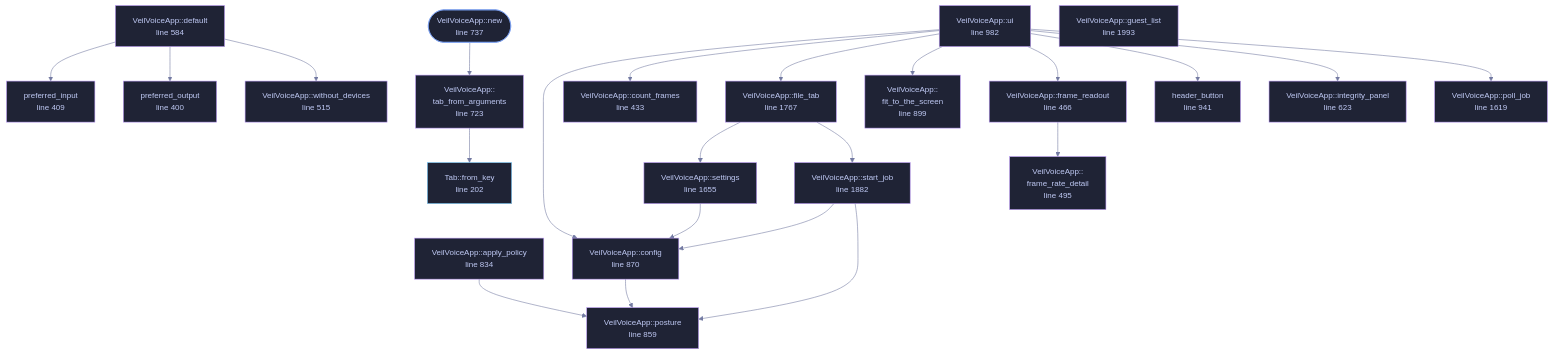
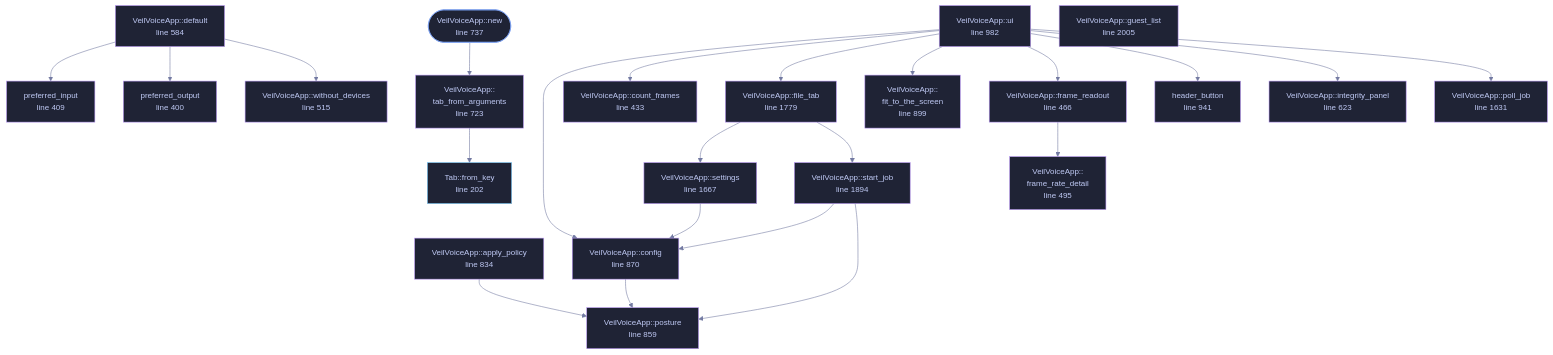
One commit to tilas01/veilvoice changed the diagram in docs/files/veilvoice-gui/app.md. Above: the diagram before and after it, drawn with Mermaid. The commit also changed other lines of this file and 28 other files, not shown here.

````diff
--- a/docs/files/veilvoice-gui/app.md
+++ b/docs/files/veilvoice-gui/app.md
@@ -192,75 +192,75 @@
 ```mermaid
 %%{init: {"theme":"base","themeVariables":{"background":"#1a1b26","primaryColor":"#1f2335","primaryTextColor":"#c0caf5","primaryBorderColor":"#7aa2f7","secondaryColor":"#16161e","tertiaryColor":"#16161e","lineColor":"#737aa2","textColor":"#c0caf5","mainBkg":"#1f2335","nodeBorder":"#7aa2f7","clusterBkg":"#16161e","clusterBorder":"#2f3549","fontFamily":"ui-monospace, SFMono-Regular, Consolas, monospace","fontSize":"14px"}}}%%
 flowchart TD
     n_from_key["Tab::from_key<br/>line 202"]
     n_preferred_output["preferred_output<br/>line 400"]
     n_preferred_input["preferred_input<br/>line 409"]
     n_count_frames["VeilVoiceApp::count_frames<br/>line 433"]
     n_frame_readout["VeilVoiceApp::frame_readout<br/>line 466"]
     n_frame_rate_detail["VeilVoiceApp::<br/>frame_rate_detail<br/>line 495"]
     n_without_devices["VeilVoiceApp::without_devices<br/>line 515"]
     n_default["VeilVoiceApp::default<br/>line 584"]
     n_integrity_panel["VeilVoiceApp::integrity_panel<br/>line 623"]
     n_tab_from_arguments["VeilVoiceApp::<br/>tab_from_arguments<br/>line 723"]
     n_new(["VeilVoiceApp::new<br/>line 737"])
     n_apply_policy["VeilVoiceApp::apply_policy<br/>line 834"]
     n_posture["VeilVoiceApp::posture<br/>line 859"]
     n_config["VeilVoiceApp::config<br/>line 870"]
     n_fit_to_the_screen["VeilVoiceApp::<br/>fit_to_the_screen<br/>line 899"]
     n_header_button["header_button<br/>line 941"]
     n_ui["VeilVoiceApp::ui<br/>line 982"]
-    n_poll_job["VeilVoiceApp::poll_job<br/>line 1619"]
-    n_settings["VeilVoiceApp::settings<br/>line 1655"]
-    n_file_tab["VeilVoiceApp::file_tab<br/>line 1767"]
-    n_start_job["VeilVoiceApp::start_job<br/>line 1882"]
-    n_guest_list["VeilVoiceApp::guest_list<br/>line 1993"]
+    n_poll_job["VeilVoiceApp::poll_job<br/>line 1631"]
+    n_settings["VeilVoiceApp::settings<br/>line 1667"]
+    n_file_tab["VeilVoiceApp::file_tab<br/>line 1779"]
+    n_start_job["VeilVoiceApp::start_job<br/>line 1894"]
+    n_guest_list["VeilVoiceApp::guest_list<br/>line 2005"]
     n_apply_policy --> n_posture
     n_config --> n_posture
     n_default --> n_preferred_input
     n_default --> n_preferred_output
     n_default --> n_without_devices
     n_file_tab --> n_settings
     n_file_tab --> n_start_job
     n_frame_readout --> n_frame_rate_detail
     n_new --> n_tab_from_arguments
     n_settings --> n_config
     n_start_job --> n_config
     n_start_job --> n_posture
     n_tab_from_arguments --> n_from_key
     n_ui --> n_config
     n_ui --> n_count_frames
     n_ui --> n_file_tab
     n_ui --> n_fit_to_the_screen
     n_ui --> n_frame_readout
     n_ui --> n_header_button
     n_ui --> n_integrity_panel
     n_ui --> n_poll_job
     click n_from_key href "https://github.com/tilas01/veilvoice/blob/main/crates/veilvoice-gui/src/app.rs#L202" "open the source"
     click n_preferred_output href "https://github.com/tilas01/veilvoice/blob/main/crates/veilvoice-gui/src/app.rs#L400" "open the source"
     click n_preferred_input href "https://github.com/tilas01/veilvoice/blob/main/crates/veilvoice-gui/src/app.rs#L409" "open the source"
     click n_count_frames href "https://github.com/tilas01/veilvoice/blob/main/crates/veilvoice-gui/src/app.rs#L433" "open the source"
     click n_frame_readout href "https://github.com/tilas01/veilvoice/blob/main/crates/veilvoice-gui/src/app.rs#L466" "open the source"
     click n_frame_rate_detail href "https://github.com/tilas01/veilvoice/blob/main/crates/veilvoice-gui/src/app.rs#L495" "open the source"
     click n_without_devices href "https://github.com/tilas01/veilvoice/blob/main/crates/veilvoice-gui/src/app.rs#L515" "open the source"
     click n_default href "https://github.com/tilas01/veilvoice/blob/main/crates/veilvoice-gui/src/app.rs#L584" "open the source"
     click n_integrity_panel href "https://github.com/tilas01/veilvoice/blob/main/crates/veilvoice-gui/src/app.rs#L623" "open the source"
     click n_tab_from_arguments href "https://github.com/tilas01/veilvoice/blob/main/crates/veilvoice-gui/src/app.rs#L723" "open the source"
     click n_new href "https://github.com/tilas01/veilvoice/blob/main/crates/veilvoice-gui/src/app.rs#L737" "open the source"
     click n_apply_policy href "https://github.com/tilas01/veilvoice/blob/main/crates/veilvoice-gui/src/app.rs#L834" "open the source"
     click n_posture href "https://github.com/tilas01/veilvoice/blob/main/crates/veilvoice-gui/src/app.rs#L859" "open the source"
     click n_config href "https://github.com/tilas01/veilvoice/blob/main/crates/veilvoice-gui/src/app.rs#L870" "open the source"
     click n_fit_to_the_screen href "https://github.com/tilas01/veilvoice/blob/main/crates/veilvoice-gui/src/app.rs#L899" "open the source"
     click n_header_button href "https://github.com/tilas01/veilvoice/blob/main/crates/veilvoice-gui/src/app.rs#L941" "open the source"
     click n_ui href "https://github.com/tilas01/veilvoice/blob/main/crates/veilvoice-gui/src/app.rs#L982" "open the source"
-    click n_poll_job href "https://github.com/tilas01/veilvoice/blob/main/crates/veilvoice-gui/src/app.rs#L1619" "open the source"
-    click n_settings href "https://github.com/tilas01/veilvoice/blob/main/crates/veilvoice-gui/src/app.rs#L1655" "open the source"
-    click n_file_tab href "https://github.com/tilas01/veilvoice/blob/main/crates/veilvoice-gui/src/app.rs#L1767" "open the source"
-    click n_start_job href "https://github.com/tilas01/veilvoice/blob/main/crates/veilvoice-gui/src/app.rs#L1882" "open the source"
-    click n_guest_list href "https://github.com/tilas01/veilvoice/blob/main/crates/veilvoice-gui/src/app.rs#L1993" "open the source"
+    click n_poll_job href "https://github.com/tilas01/veilvoice/blob/main/crates/veilvoice-gui/src/app.rs#L1631" "open the source"
+    click n_settings href "https://github.com/tilas01/veilvoice/blob/main/crates/veilvoice-gui/src/app.rs#L1667" "open the source"
+    click n_file_tab href "https://github.com/tilas01/veilvoice/blob/main/crates/veilvoice-gui/src/app.rs#L1779" "open the source"
+    click n_start_job href "https://github.com/tilas01/veilvoice/blob/main/crates/veilvoice-gui/src/app.rs#L1894" "open the source"
+    click n_guest_list href "https://github.com/tilas01/veilvoice/blob/main/crates/veilvoice-gui/src/app.rs#L2005" "open the source"
     classDef entry fill:#1f2335,stroke:#7aa2f7,color:#c0caf5
     class n_new entry
     classDef api fill:#1f2335,stroke:#7dcfff,color:#c0caf5
     class n_from_key api
     classDef helper fill:#1f2335,stroke:#bb9af7,color:#c0caf5
     class n_preferred_output,n_preferred_input,n_count_frames,n_frame_readout,n_frame_rate_detail,n_without_devices,n_default,n_integrity_panel,n_tab_from_arguments,n_apply_policy,n_posture,n_config,n_fit_to_the_screen,n_header_button,n_ui,n_poll_job,n_settings,n_file_tab,n_start_job,n_guest_list helper
 ```
````
